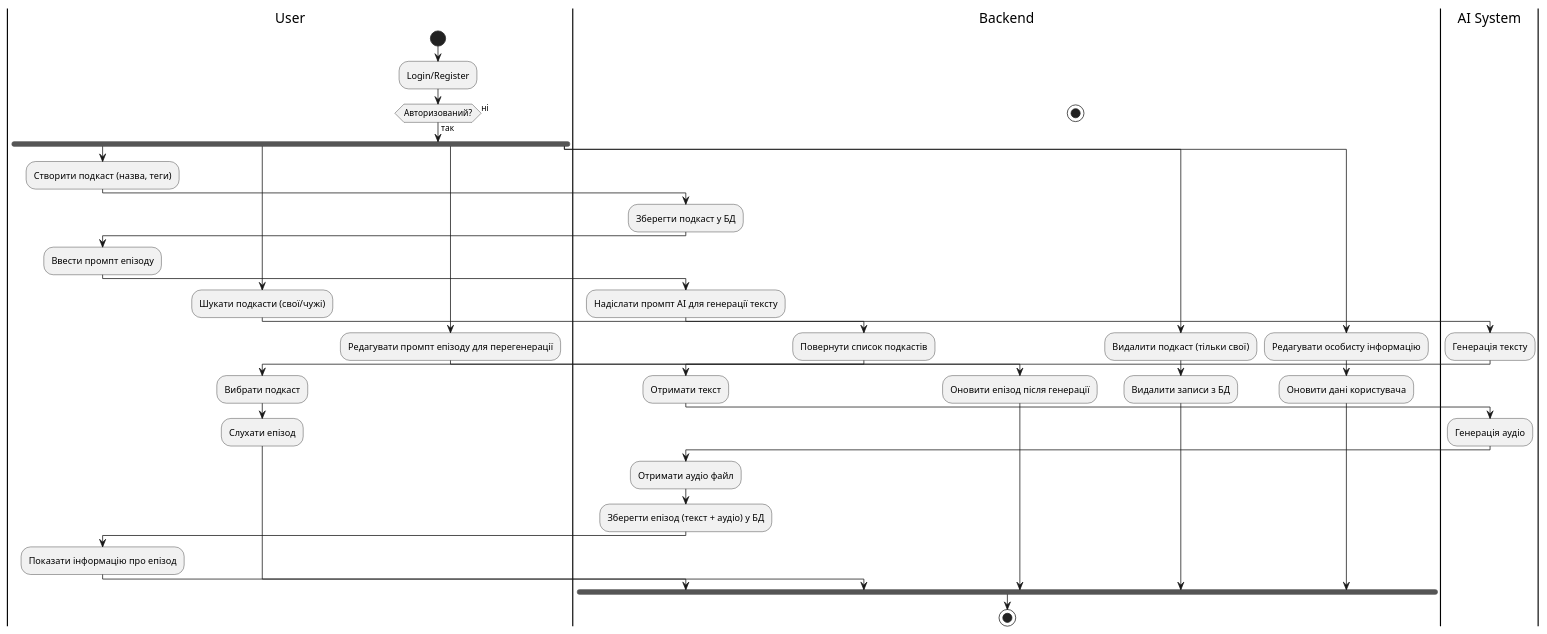
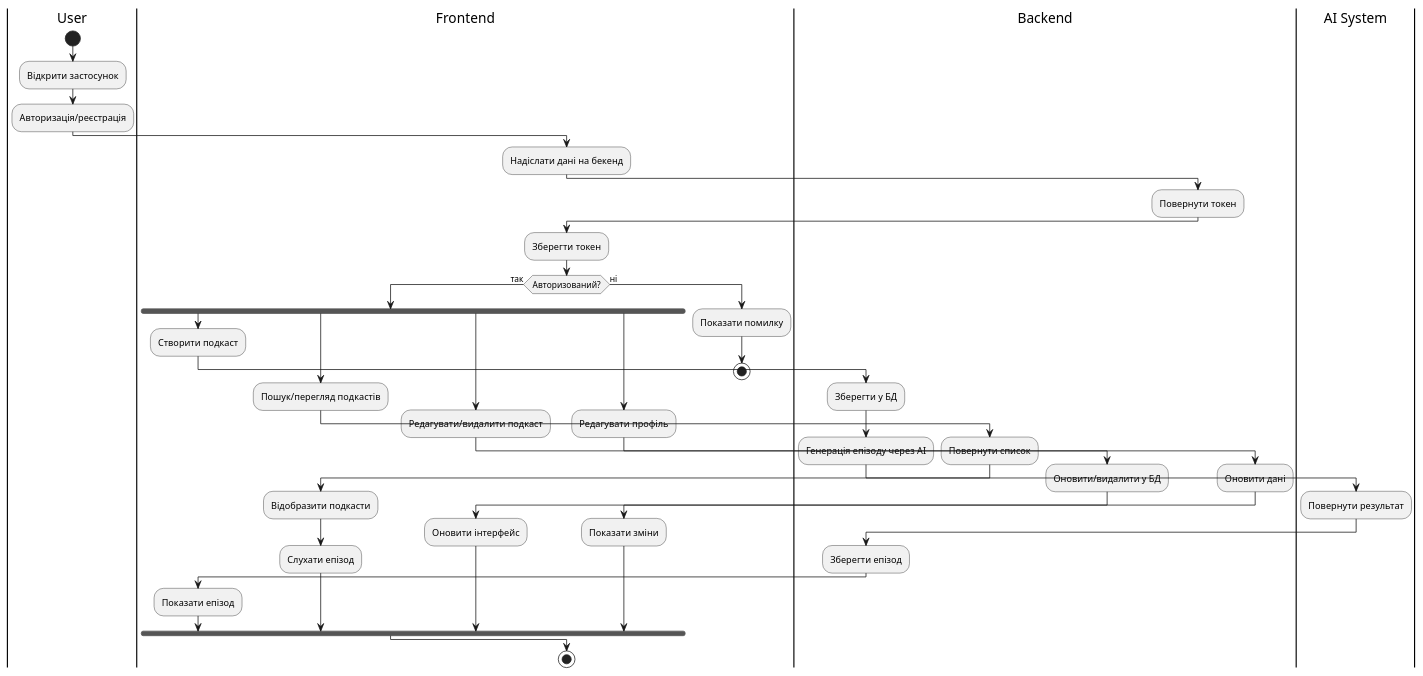
The diagram in diagrams/bpmn.puml (Illya-Bonikon/Master-podcaster), drawn with PlantUML before and after one commit. The commit also changed 31 other files, not shown here.

```diff
--- a/diagrams/bpmn.puml
+++ b/diagrams/bpmn.puml
@@ -1,49 +1,49 @@
 @startuml
 |User|
 start
-:Login/Register;
+:Відкрити застосунок;
+:Авторизація/реєстрація;
+|Frontend|
+:Надіслати дані на бекенд;
+|Backend|
+:Повернути токен;
+|Frontend|
+:Зберегти токен;
 if (Авторизований?) then (так)
   fork
-    :Створити подкаст (назва, теги);
+    :Створити подкаст;
     |Backend|
-    :Зберегти подкаст у БД;
-    |User|
-    :Ввести промпт епізоду;
+    :Зберегти у БД;
+    :Генерація епізоду через AI;
+    |AI System|
+    :Повернути результат;
     |Backend|
-    :Надіслати промпт AI для генерації тексту;
-    |AI System|
-    :Генерація тексту;
+    :Зберегти епізод;
+    |Frontend|
+    :Показати епізод;
+  fork again
+    :Пошук/перегляд подкастів;
     |Backend|
-    :Отримати текст;
-    |AI System|
-    :Генерація аудіо;
-    |Backend|
-    :Отримати аудіо файл;
-    :Зберегти епізод (текст + аудіо) у БД;
-    |User|
-    :Показати інформацію про епізод;
-  fork again
-    :Шукати подкасти (свої/чужі);
-    |Backend|
-    :Повернути список подкастів;
-    |User|
-    :Вибрати подкаст;
+    :Повернути список;
+    |Frontend|
+    :Відобразити подкасти;
     :Слухати епізод;
   fork again
-    :Редагувати промпт епізоду для перегенерації;
+    :Редагувати/видалити подкаст;
     |Backend|
-    :Оновити епізод після генерації;
+    :Оновити/видалити у БД;
+    |Frontend|
+    :Оновити інтерфейс;
   fork again
-    :Видалити подкаст (тільки свої);
+    :Редагувати профіль;
     |Backend|
-    :Видалити записи з БД;
-  fork again
-    :Редагувати особисту інформацію;
-    |Backend|
-    :Оновити дані користувача;
+    :Оновити дані;
+    |Frontend|
+    :Показати зміни;
   end fork
 else (ні)
+  :Показати помилку;
   stop
 endif
 stop
 @enduml
```
